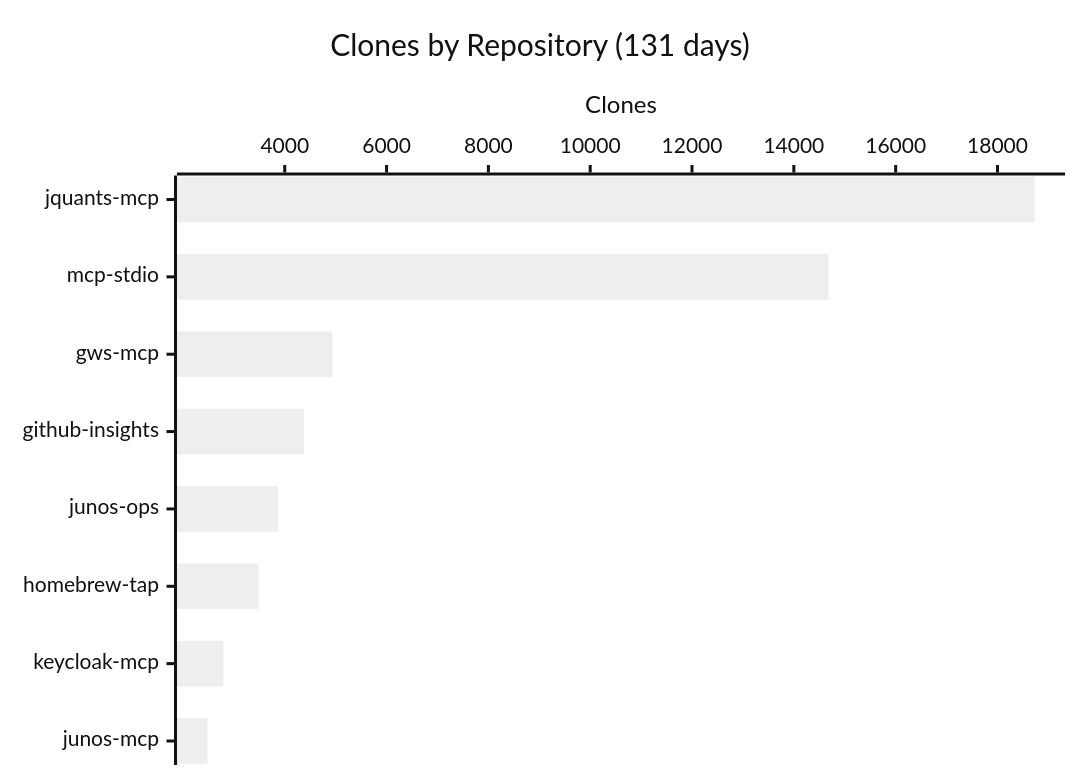
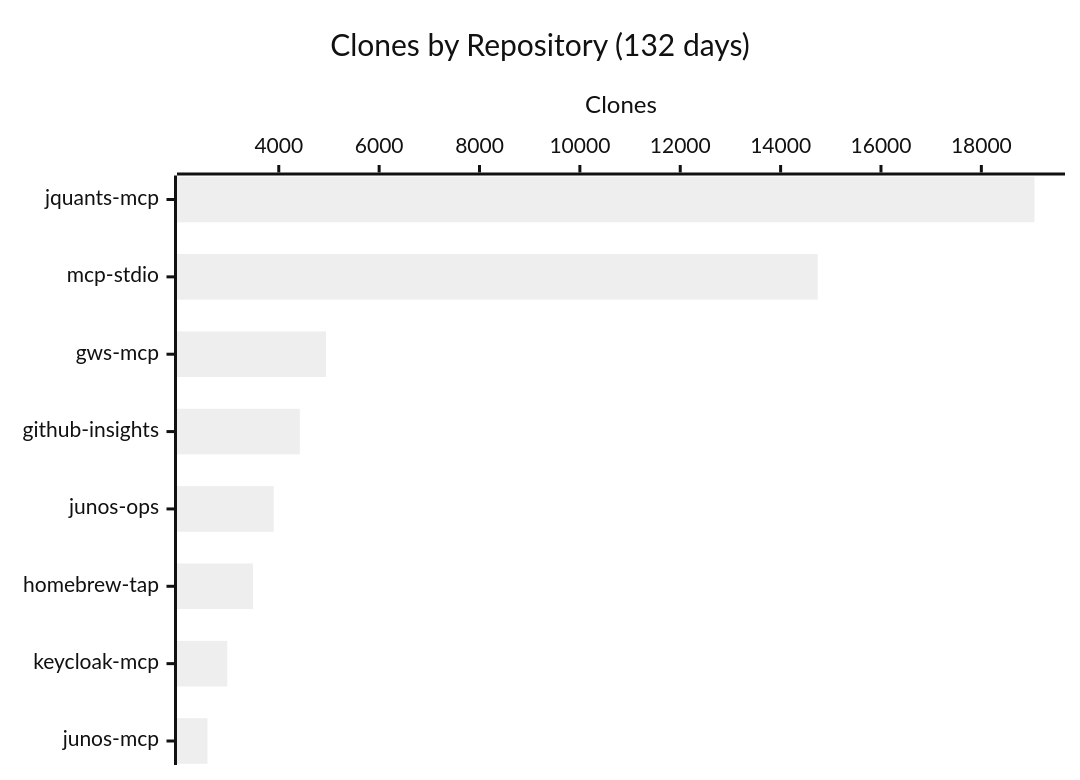
One commit to shigechika/github-insights changed the fourth of 4 diagrams in README.md. Above: the diagram before and after it, drawn with Mermaid (neutral theme). The commit also changed other lines of this file and 2 other files, not shown here.

````diff
--- a/README.md
+++ b/README.md
@@ -58,7 +58,7 @@
 ```mermaid
 xychart-beta horizontal
-    title "Clones by Repository (131 days)"
+    title "Clones by Repository (132 days)"
     x-axis ["jquants-mcp", "mcp-stdio", "gws-mcp", "github-insights", "junos-ops", "homebrew-tap", "keycloak-mcp", "junos-mcp"]
     y-axis "Clones"
-    bar [18728, 14679, 4936, 4379, 3867, 3484, 2794, 2482]
+    bar [19060, 14739, 4942, 4419, 3899, 3487, 2974, 2579]
 ```
````
